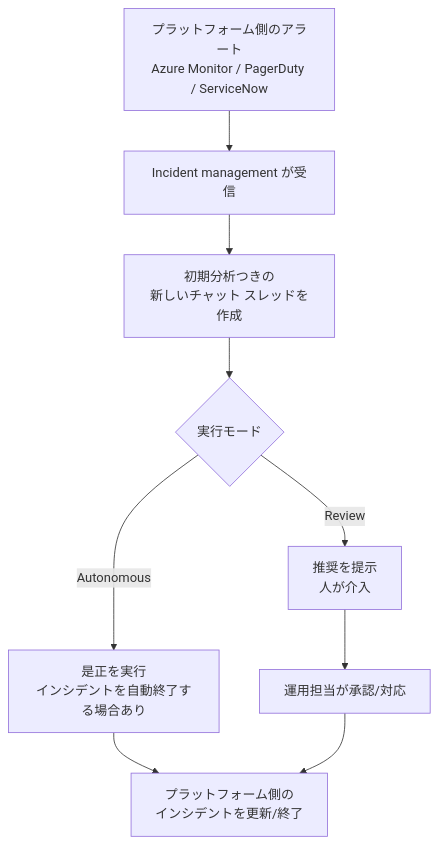
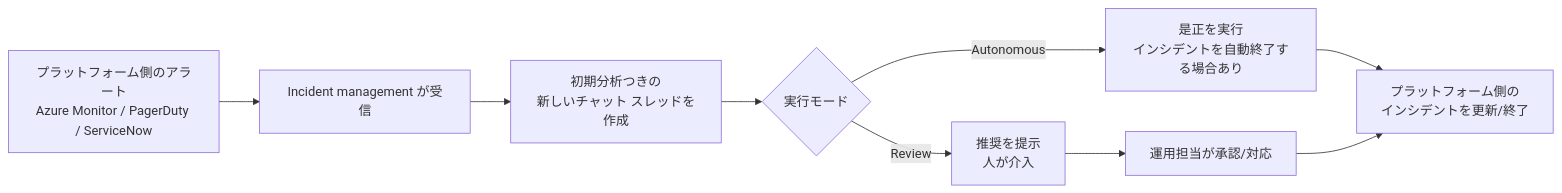
One commit to TakumiSeo/Tech-BLOG changed the seventh of 12 diagrams in content/posts/ja-jp/sre-agent-planning.md. Above: the diagram before and after it, drawn with Mermaid.

Commit message:
incident

````diff
--- a/content/posts/ja-jp/sre-agent-planning.md
+++ b/content/posts/ja-jp/sre-agent-planning.md
@@ -441,11 +441,11 @@
 ```mermaid
-flowchart TD
+flowchart LR
   A["プラットフォーム側のアラート\nAzure Monitor / PagerDuty / ServiceNow"] --> B["Incident management が受信"]
   B --> C["初期分析つきの\n新しいチャット スレッドを作成"]
   C --> D{"実行モード"}
   D -->|Review| V["推奨を提示\n人が介入"]
   D -->|Autonomous| AU["是正を実行\nインシデントを自動終了する場合あり"]
   V --> E["運用担当が承認/対応"]
   AU --> F["プラットフォーム側の\nインシデントを更新/終了"]
   E --> F
 ```
````
